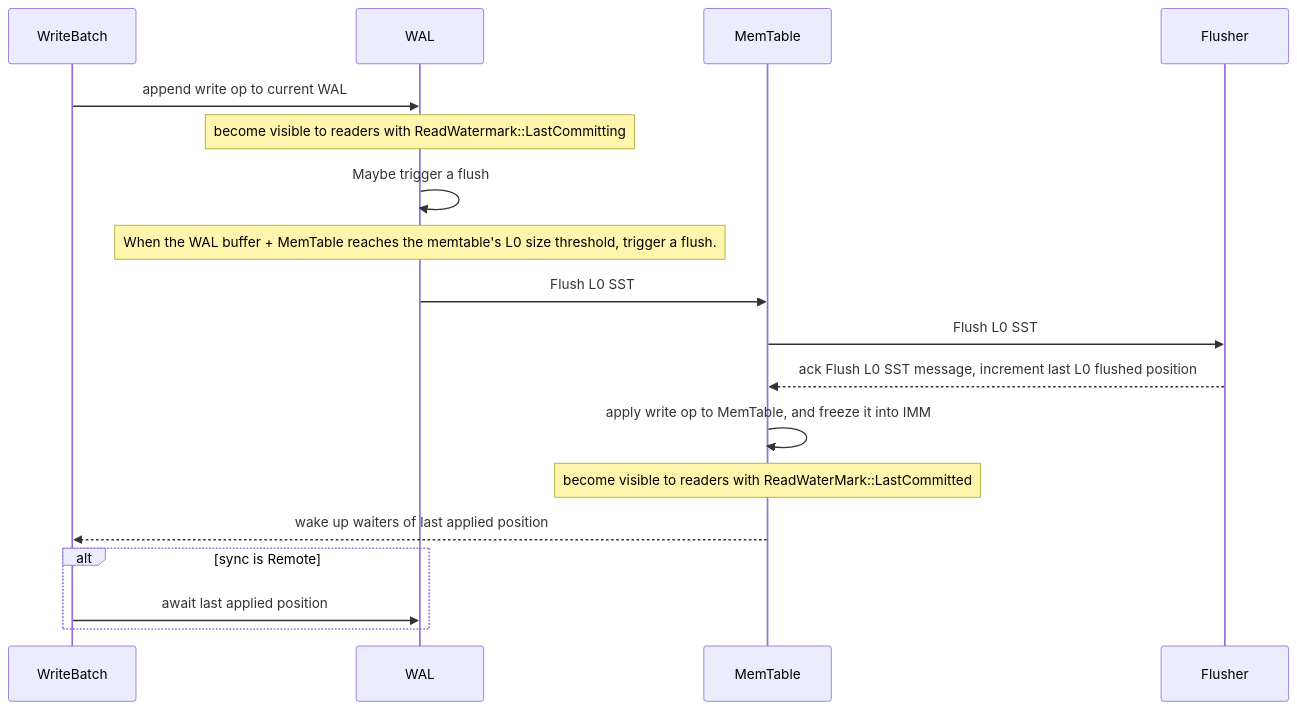
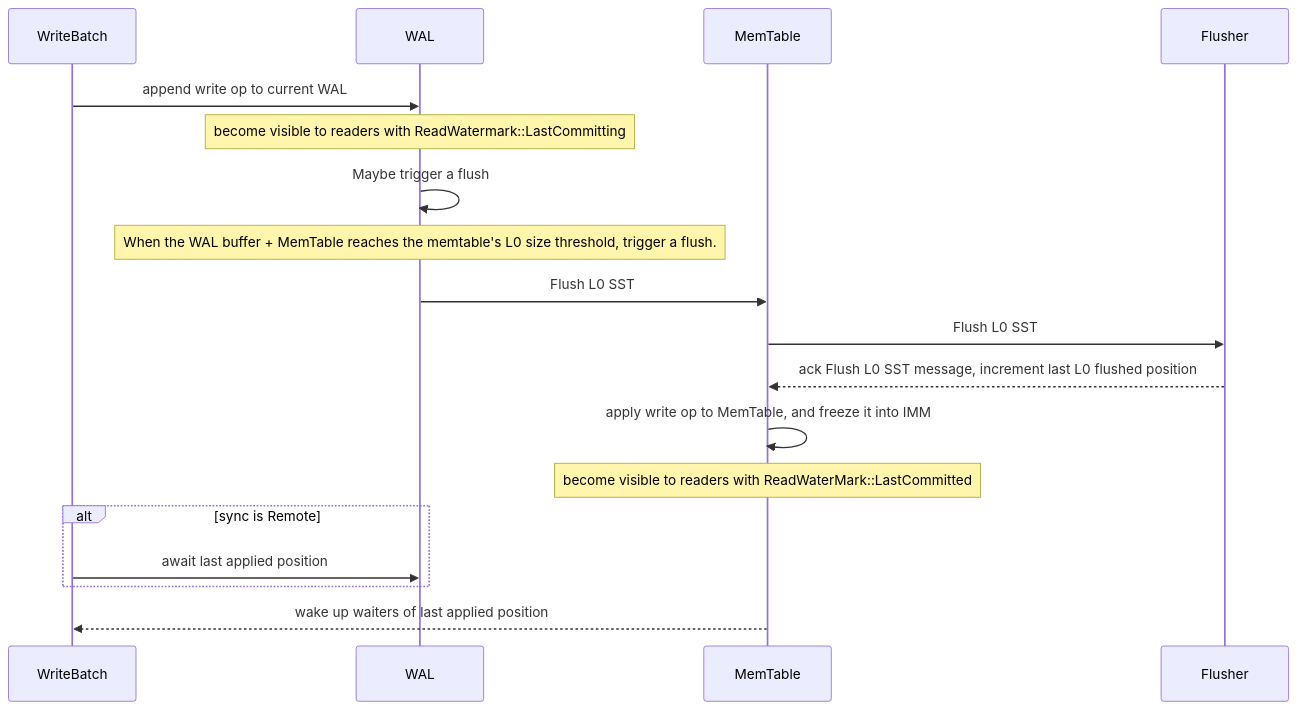
One commit to slatedb/slatedb changed the fourth of 4 diagrams in rfcs/0007-synchronous-commit.md. Above: the diagram before and after it, drawn with Mermaid. The commit also changed other lines of this file, not shown here.

Commit message:
add failure handing, possible code changes, adjust diagrams

````diff
--- a/rfcs/0007-synchronous-commit.md
+++ b/rfcs/0007-synchronous-commit.md
@@ -371,27 +372,27 @@
 ```mermaid
 sequenceDiagram
     participant WriteBatch
     participant WAL
     participant MemTable
     participant Flusher
 
     WriteBatch->>WAL: append write op to current WAL
     Note over WAL: become visible to readers with ReadWatermark::LastCommitting
 
     WAL->>WAL: Maybe trigger a flush
     Note over WAL: When the WAL buffer + MemTable reaches the memtable's L0 size threshold, trigger a flush.
 
     WAL->>MemTable: Flush L0 SST
     MemTable->>Flusher: Flush L0 SST
 
     Flusher-->>MemTable: ack Flush L0 SST message, increment last L0 flushed position
 
     MemTable->>MemTable: apply write op to MemTable, and freeze it into IMM
     Note over MemTable: become visible to readers with ReadWaterMark::LastCommitted 
 
-    MemTable-->>WriteBatch: wake up waiters of last applied position
-
     alt sync is Remote
         WriteBatch->>WAL: await last applied position
     end
+
+    MemTable-->>WriteBatch: wake up waiters of last applied position
 ```
````
